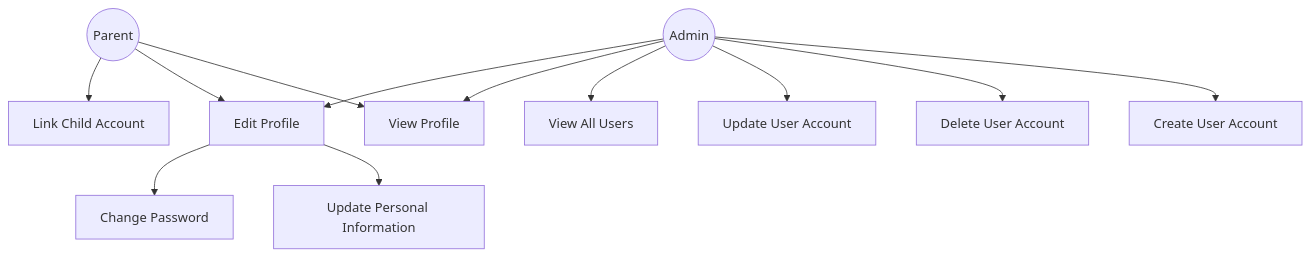
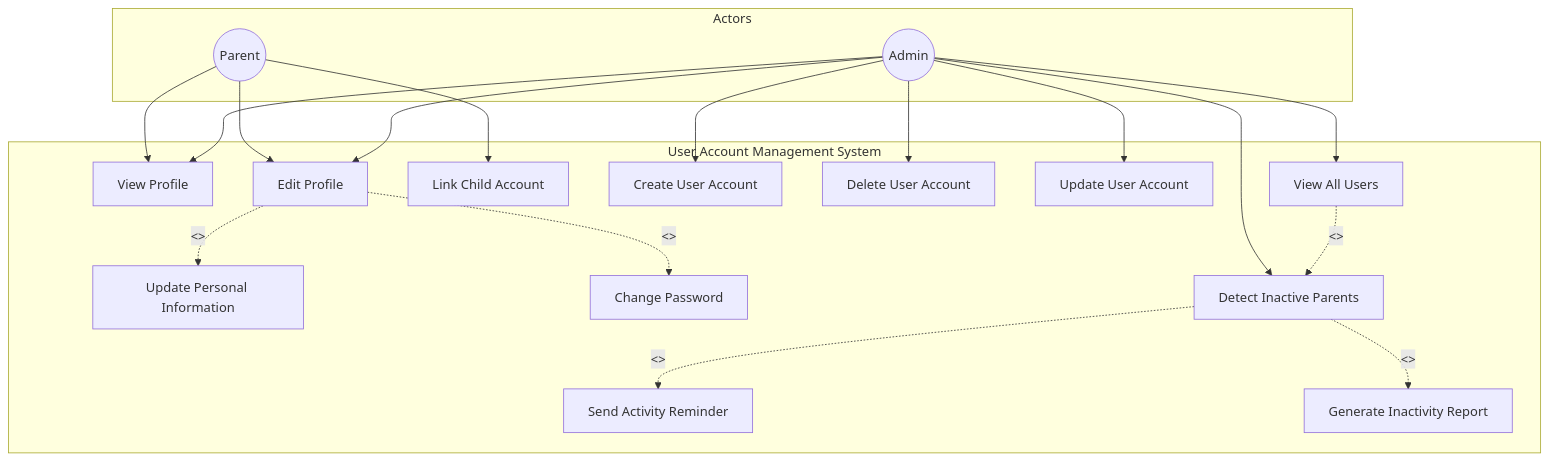
Before and after one commit to TongYwen/childfyp5: the second of 18 diagrams in diagrams.md, drawn with Mermaid. The commit also changed other lines of this file, not shown here.

First line of the commit message:
Update diagrams with proper UML notation

````diff
--- a/diagrams.md
+++ b/diagrams.md
@@ -25,19 +37,40 @@
 ```mermaid
-graph TD
-    Parent((Parent))
-    Admin((Admin))
+graph TB
+    subgraph Actors
+        Parent((Parent))
+        Admin((Admin))
+    end
 
-    Parent --> ViewProfile[View Profile]
-    Parent --> EditProfile[Edit Profile]
-    Parent --> LinkChild[Link Child Account]
+    subgraph "User Account Management System"
+        ViewProfile[View Profile]
+        EditProfile[Edit Profile]
+        LinkChild[Link Child Account]
+        CreateAccount[Create User Account]
+        DeleteAccount[Delete User Account]
+        UpdateAccount[Update User Account]
+        ViewAllUsers[View All Users]
+        UpdateInfo[Update Personal Information]
+        ChangePassword[Change Password]
+        DetectInactive[Detect Inactive Parents]
+        SendReminder[Send Activity Reminder]
+        GenerateReport[Generate Inactivity Report]
+    end
 
-    Admin --> CreateAccount[Create User Account]
-    Admin --> DeleteAccount[Delete User Account]
-    Admin --> UpdateAccount[Update User Account]
-    Admin --> ViewAllUsers[View All Users]
+    Parent --> ViewProfile
+    Parent --> EditProfile
+    Parent --> LinkChild
+
+    Admin --> CreateAccount
+    Admin --> DeleteAccount
+    Admin --> UpdateAccount
+    Admin --> ViewAllUsers
     Admin --> ViewProfile
     Admin --> EditProfile
+    Admin --> DetectInactive
 
-    EditProfile --> UpdateInfo[Update Personal Information]
-    EditProfile --> ChangePassword[Change Password]
+    EditProfile -.<<include>>.-> UpdateInfo
+    EditProfile -.<<extend>>.-> ChangePassword
+    DetectInactive -.<<include>>.-> GenerateReport
+    DetectInactive -.<<extend>>.-> SendReminder
+    ViewAllUsers -.<<extend>>.-> DetectInactive
 ```
````
